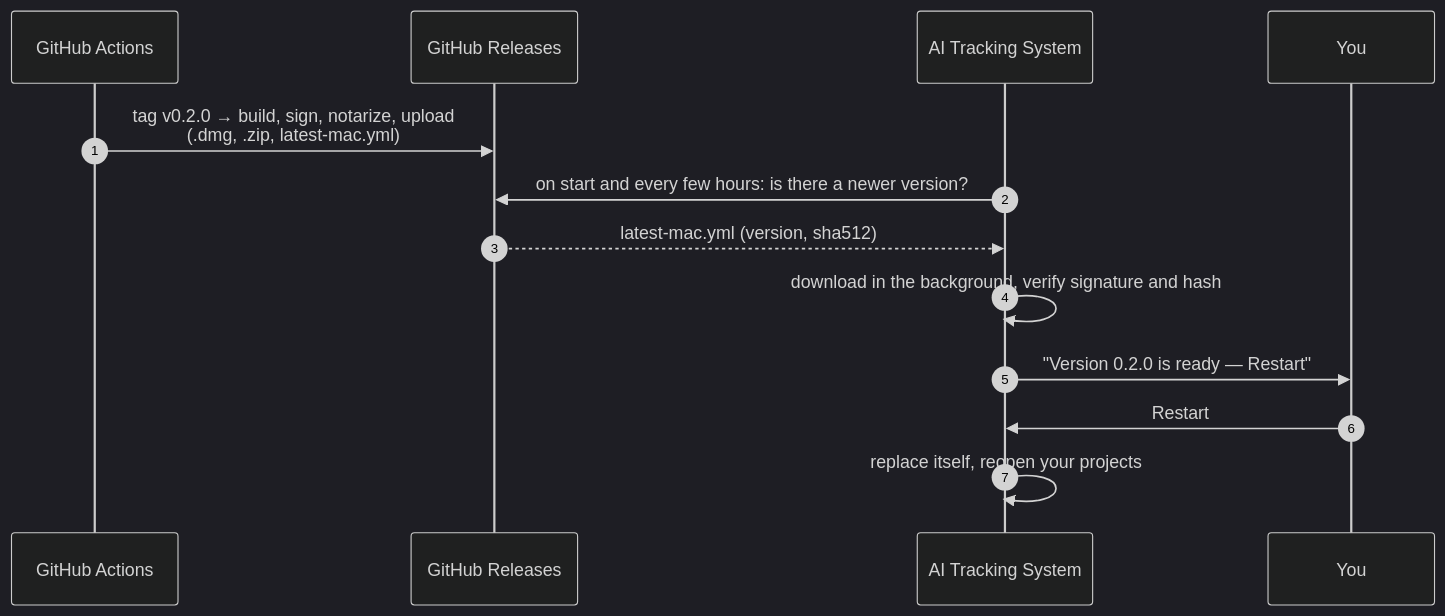
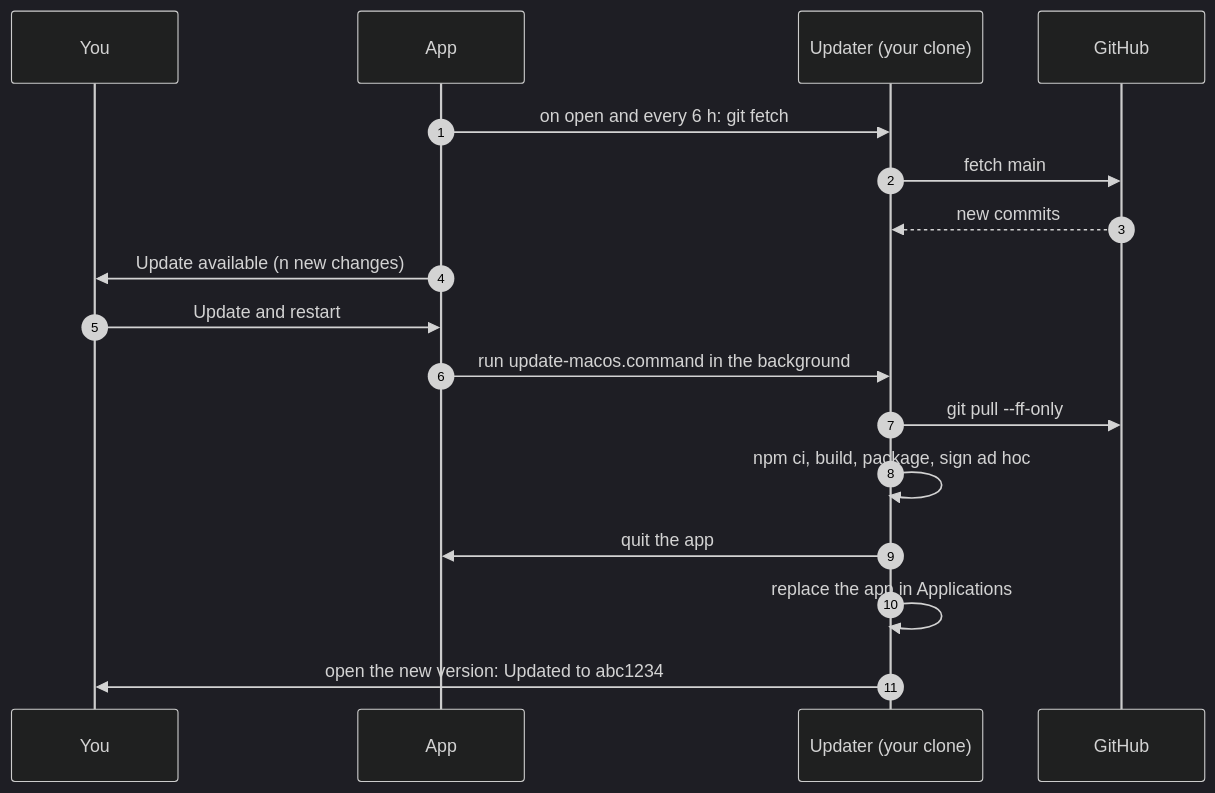
The first of 3 diagrams in README.md (mitradeniz/ai-tracking-system), drawn with Mermaid (dark theme) before and after one commit. The commit also changed other lines of this file and 24 other files, not shown here.

````diff
--- a/README.md
+++ b/README.md
@@ -204,15 +204,19 @@
 ```mermaid
 sequenceDiagram
     autonumber
-    participant CI as GitHub Actions
-    participant R as GitHub Releases
-    participant A as AI Tracking System
     participant U as You
-    CI->>R: tag v0.2.0 → build, sign, notarize, upload<br/>(.dmg, .zip, latest-mac.yml)
-    A->>R: on start and every few hours: is there a newer version?
-    R-->>A: latest-mac.yml (version, sha512)
-    A->>A: download in the background, verify signature and hash
-    A->>U: "Version 0.2.0 is ready — Restart"
-    U->>A: Restart
-    A->>A: replace itself, reopen your projects
+    participant A as App
+    participant C as Updater (your clone)
+    participant G as GitHub
+    A->>C: on open and every 6 h: git fetch
+    C->>G: fetch main
+    G-->>C: new commits
+    A->>U: Update available (n new changes)
+    U->>A: Update and restart
+    A->>C: run update-macos.command in the background
+    C->>G: git pull --ff-only
+    C->>C: npm ci, build, package, sign ad hoc
+    C->>A: quit the app
+    C->>C: replace the app in Applications
+    C->>U: open the new version: Updated to abc1234
 ```
````
